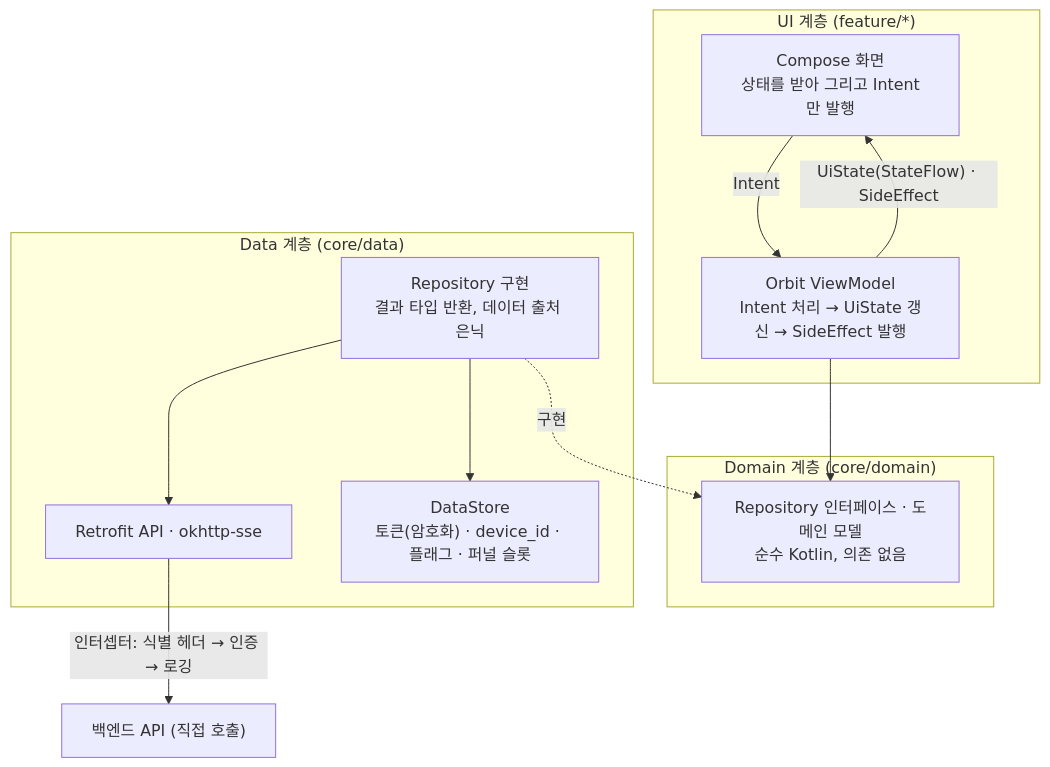
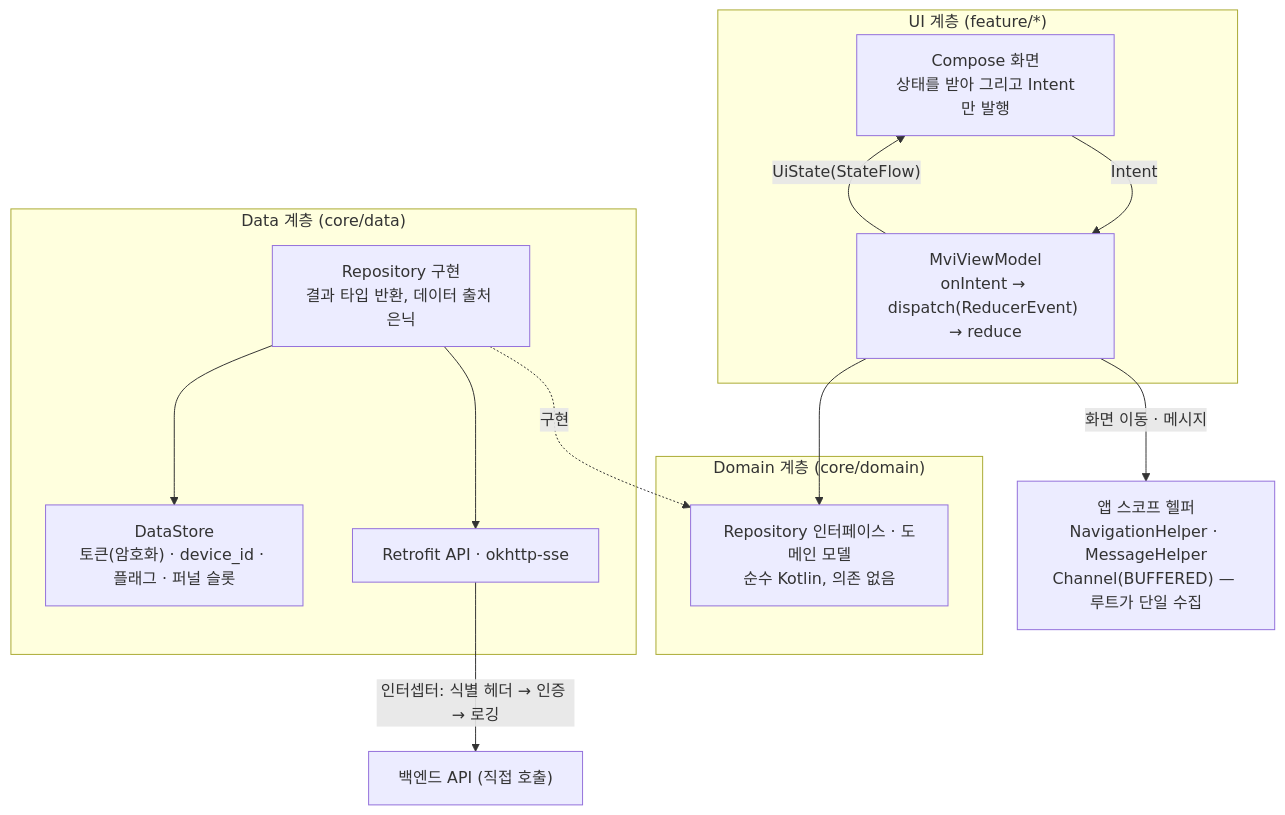
Before and after one commit to KIM-N-KANG/knk-harness: the first of 2 diagrams in docs/product-specs/3-3-android-app.md, drawn with Mermaid. The commit also changed other lines of this file, not shown here.

````diff
--- a/docs/product-specs/3-3-android-app.md
+++ b/docs/product-specs/3-3-android-app.md
@@ -150,22 +151,23 @@
 ```mermaid
 graph TD
     subgraph UI["UI 계층 (feature/*)"]
         C["Compose 화면<br/>상태를 받아 그리고 Intent만 발행"]
-        VM["Orbit ViewModel<br/>Intent 처리 → UiState 갱신 → SideEffect 발행"]
+        VM["MviViewModel<br/>onIntent → dispatch(ReducerEvent) → reduce"]
     end
     subgraph DOMAIN["Domain 계층 (core/domain)"]
         RI["Repository 인터페이스 · 도메인 모델<br/>순수 Kotlin, 의존 없음"]
     end
     subgraph DATA["Data 계층 (core/data)"]
         R["Repository 구현<br/>결과 타입 반환, 데이터 출처 은닉"]
         API["Retrofit API · okhttp-sse"]
         DS["DataStore<br/>토큰(암호화) · device_id · 플래그 · 퍼널 슬롯"]
     end
     C -->|Intent| VM
-    VM -->|"UiState(StateFlow) · SideEffect"| C
+    VM -->|"UiState(StateFlow)"| C
+    VM -->|"화면 이동 · 메시지"| HELP["앱 스코프 헬퍼<br/>NavigationHelper · MessageHelper<br/>Channel(BUFFERED) — 루트가 단일 수집"]
     VM --> RI
     R -.->|구현| RI
     R --> API
     R --> DS
     API -->|"인터셉터: 식별 헤더 → 인증 → 로깅"| BE["백엔드 API (직접 호출)"]
 ```
````
